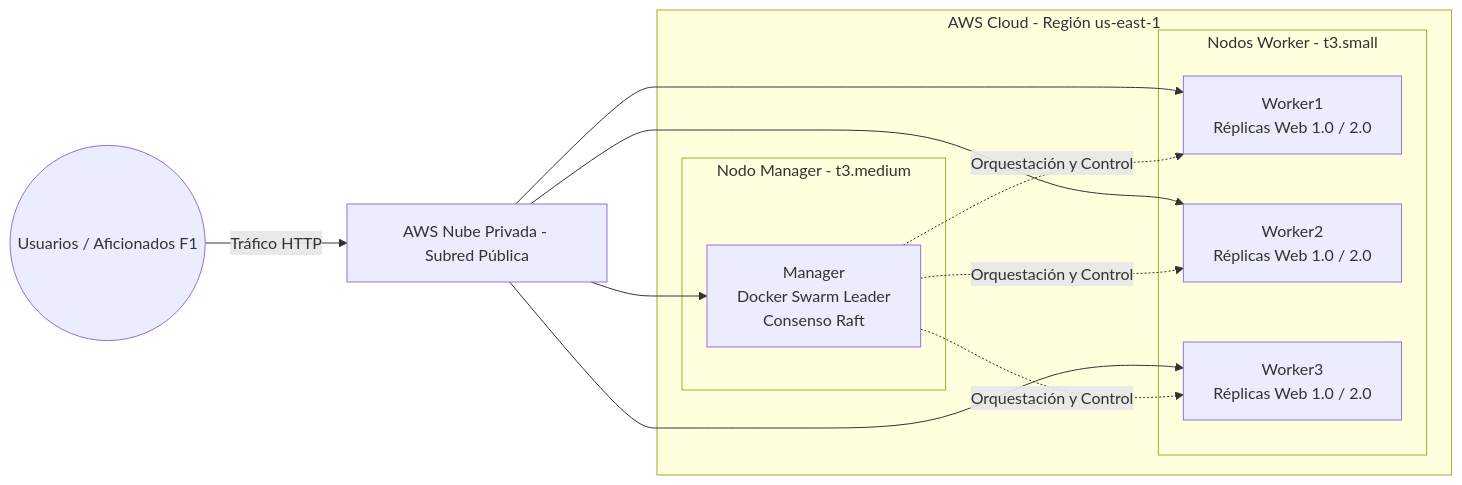
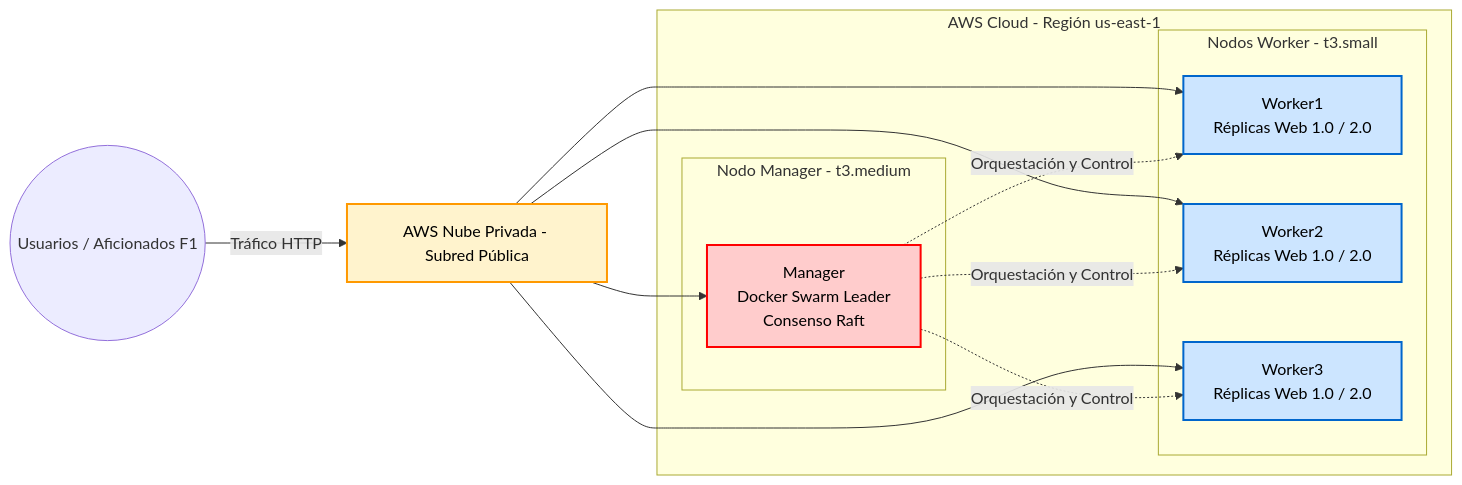
Before and after one commit to roberttgal/Grupo1_Cloud: the diagram in diagramas/diagrama.md, drawn with Mermaid.

Commit message:
Fix formatting and update diagram in diagrama.md

````diff
--- a/diagramas/diagrama.md
+++ b/diagramas/diagrama.md
@@ -3,24 +3,31 @@
 ```mermaid
 graph LR
     Client((Usuarios / Aficionados F1)) -->|Tráfico HTTP| VPC[AWS Nube Privada - Subred Pública]
     
     subgraph AWS Cloud - Región us-east-1
         subgraph Nodo Manager - t3.medium
             M1[Manager <br/> Docker Swarm Leader <br/> Consenso Raft]
         end
         
         subgraph Nodos Worker - t3.small
             W1[Worker1 <br/> Réplicas Web 1.0 / 2.0]
             W2[Worker2 <br/> Réplicas Web 1.0 / 2.0]
             W3[Worker3 <br/> Réplicas Web 1.0 / 2.0]
         end
     end
 
     VPC --> M1
     VPC --> W1
     VPC --> W2
     VPC --> W3
     M1 -.->|Orquestación y Control| W1
     M1 -.->|Orquestación y Control| W2
     M1 -.->|Orquestación y Control| W3
+
+%% Estilos de color personalizados
+    style M1 fill:#ffcccc,stroke:#ff0000,stroke-width:2px,color:#000
+    style W1 fill:#cce5ff,stroke:#0066cc,stroke-width:2px,color:#000
+    style W2 fill:#cce5ff,stroke:#0066cc,stroke-width:2px,color:#000
+    style W3 fill:#cce5ff,stroke:#0066cc,stroke-width:2px,color:#000
+    style VPC fill:#fff3cd,stroke:#ff9900,stroke-width:2px,color:#000
 ```
````
